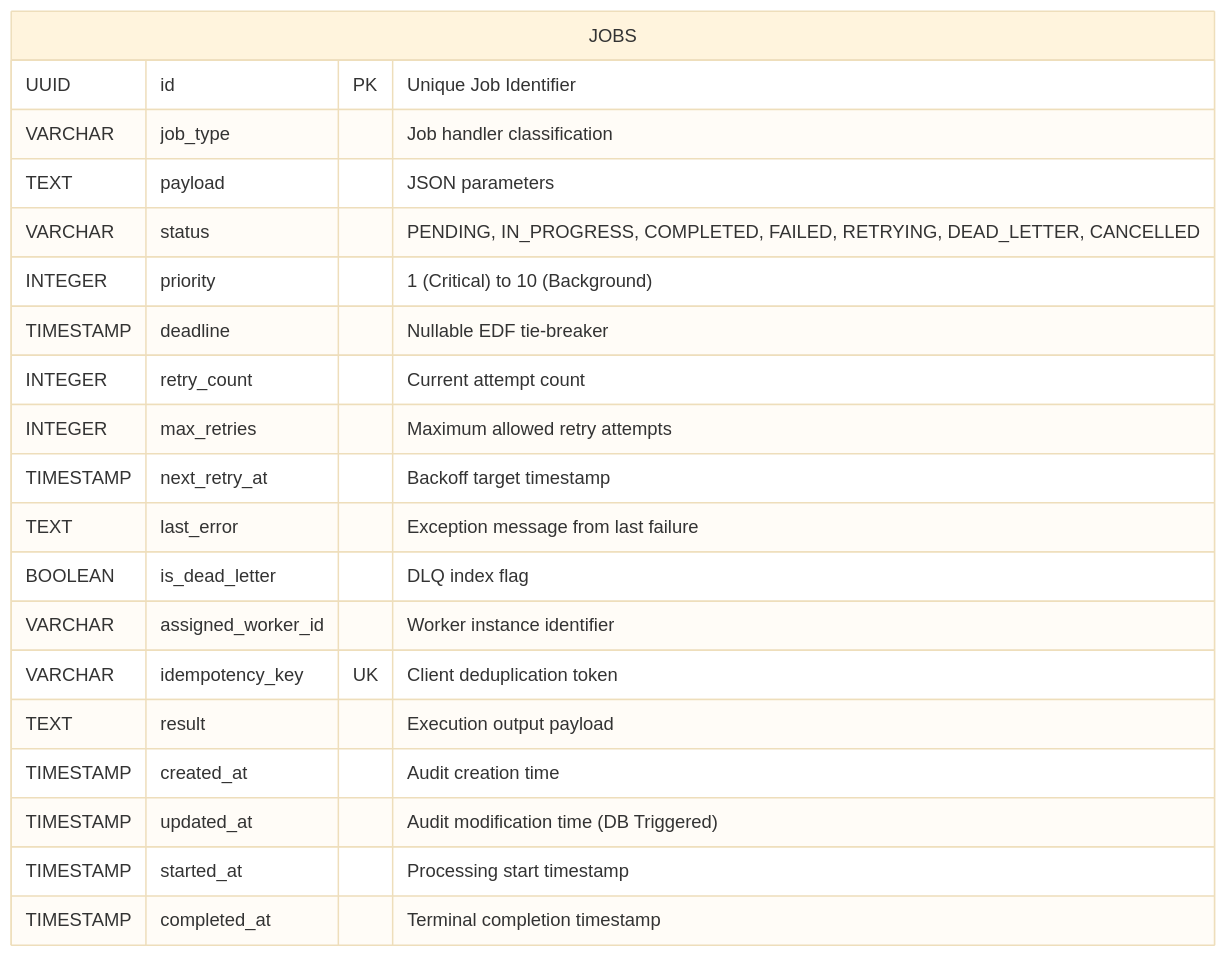
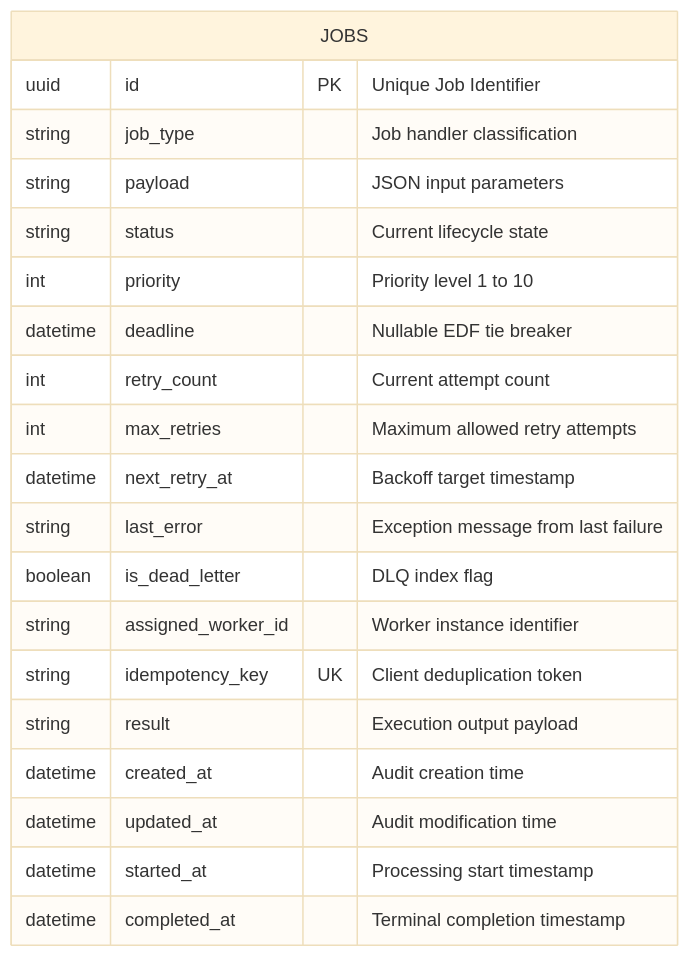
The fourth of 4 diagrams in README.md (Kaushtubha/optiqueue), drawn with Mermaid (base theme) before and after one commit. The commit also changed other lines of this file, not shown here.

Commit message:
fix(docs): resolve Mermaid rendering error on GitHub by quoting node labels and escaping operators

````diff
--- a/README.md
+++ b/README.md
@@ -363,23 +363,23 @@
 ```mermaid
 erDiagram
     JOBS {
-        UUID id PK "Unique Job Identifier"
-        VARCHAR job_type "Job handler classification"
-        TEXT payload "JSON parameters"
-        VARCHAR status "PENDING, IN_PROGRESS, COMPLETED, FAILED, RETRYING, DEAD_LETTER, CANCELLED"
-        INTEGER priority "1 (Critical) to 10 (Background)"
-        TIMESTAMP deadline "Nullable EDF tie-breaker"
-        INTEGER retry_count "Current attempt count"
-        INTEGER max_retries "Maximum allowed retry attempts"
-        TIMESTAMP next_retry_at "Backoff target timestamp"
-        TEXT last_error "Exception message from last failure"
-        BOOLEAN is_dead_letter "DLQ index flag"
-        VARCHAR assigned_worker_id "Worker instance identifier"
-        VARCHAR idempotency_key UK "Client deduplication token"
-        TEXT result "Execution output payload"
-        TIMESTAMP created_at "Audit creation time"
-        TIMESTAMP updated_at "Audit modification time (DB Triggered)"
-        TIMESTAMP started_at "Processing start timestamp"
-        TIMESTAMP completed_at "Terminal completion timestamp"
+        uuid id PK "Unique Job Identifier"
+        string job_type "Job handler classification"
+        string payload "JSON input parameters"
+        string status "Current lifecycle state"
+        int priority "Priority level 1 to 10"
+        datetime deadline "Nullable EDF tie breaker"
+        int retry_count "Current attempt count"
+        int max_retries "Maximum allowed retry attempts"
+        datetime next_retry_at "Backoff target timestamp"
+        string last_error "Exception message from last failure"
+        boolean is_dead_letter "DLQ index flag"
+        string assigned_worker_id "Worker instance identifier"
+        string idempotency_key UK "Client deduplication token"
+        string result "Execution output payload"
+        datetime created_at "Audit creation time"
+        datetime updated_at "Audit modification time"
+        datetime started_at "Processing start timestamp"
+        datetime completed_at "Terminal completion timestamp"
     }
 ```
````
